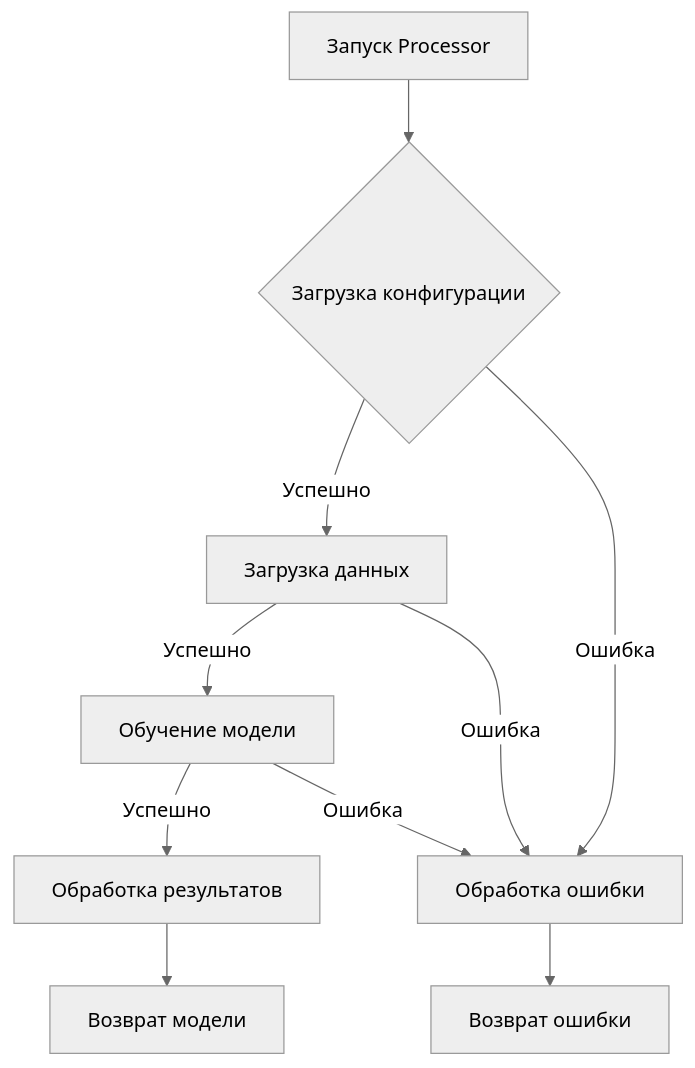
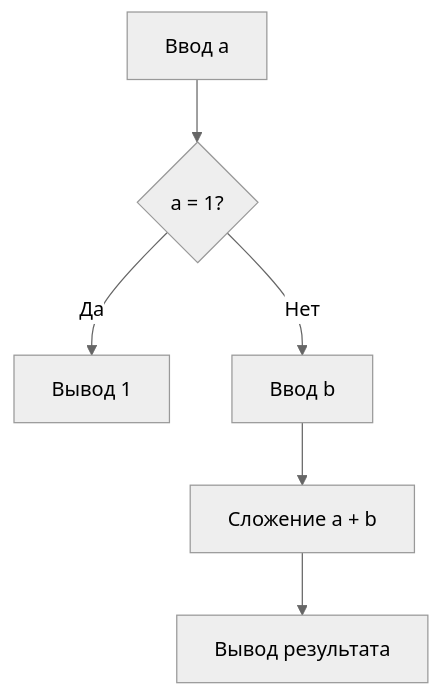
One commit to hypo69/hypo changed the first of 2 diagrams in docs/gemini/ru/explainer/src/endpoints/hypo69/code_assistant/instructions/instruction_code_explainer_md_en.md. Above: the diagram before and after it, drawn with Mermaid (neutral theme). The commit also changed other lines of this file and 468 other files, not shown here.

````diff
--- a/docs/gemini/ru/explainer/src/endpoints/hypo69/code_assistant/instructions/instruction_code_explainer_md_en.md
+++ b/docs/gemini/ru/explainer/src/endpoints/hypo69/code_assistant/instructions/instruction_code_explainer_md_en.md
@@ -69,12 +13,8 @@
 ```mermaid
 graph TD
-    A[Запуск Processor] --> B{Загрузка конфигурации};
-    B -- Успешно --> C[Загрузка данных];
-    B -- Ошибка --> E[Обработка ошибки];
-    C -- Успешно --> D[Обучение модели];
-    C -- Ошибка --> E;
-    D -- Успешно --> F[Обработка результатов];
-    D -- Ошибка --> E;
-    E --> G[Возврат ошибки];
-    F --> H[Возврат модели];
+    A[Ввод a] --> B{a = 1?};
+    B -- Да --> C[Вывод 1];
+    B -- Нет --> D[Ввод b];
+    D --> E[Сложение a + b];
+    E --> F[Вывод результата];
 ```
````
